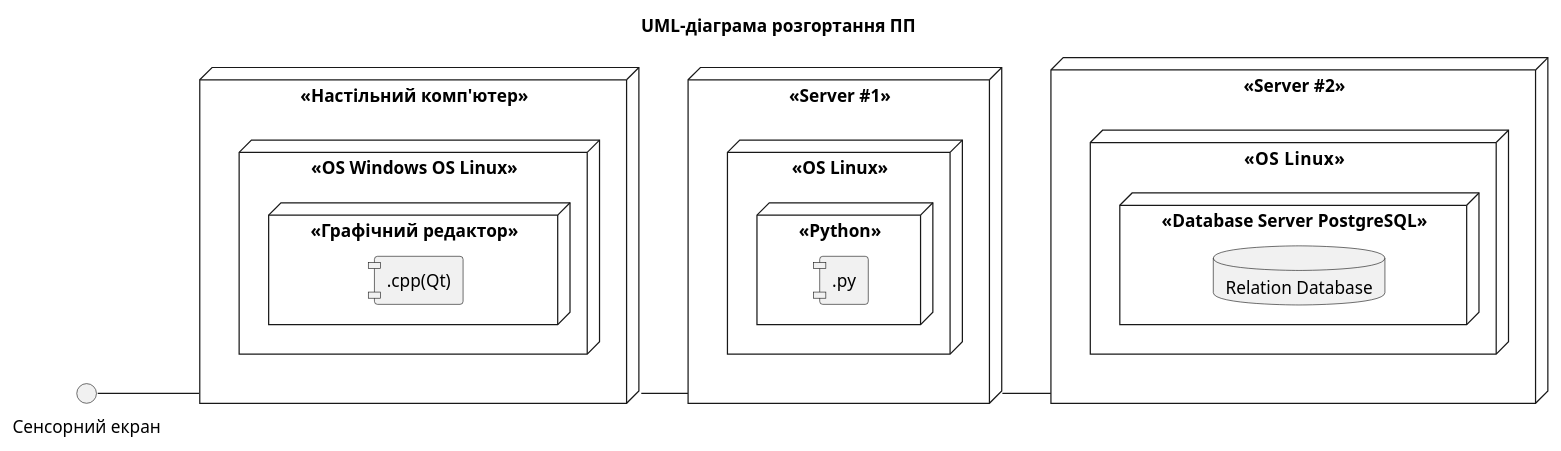
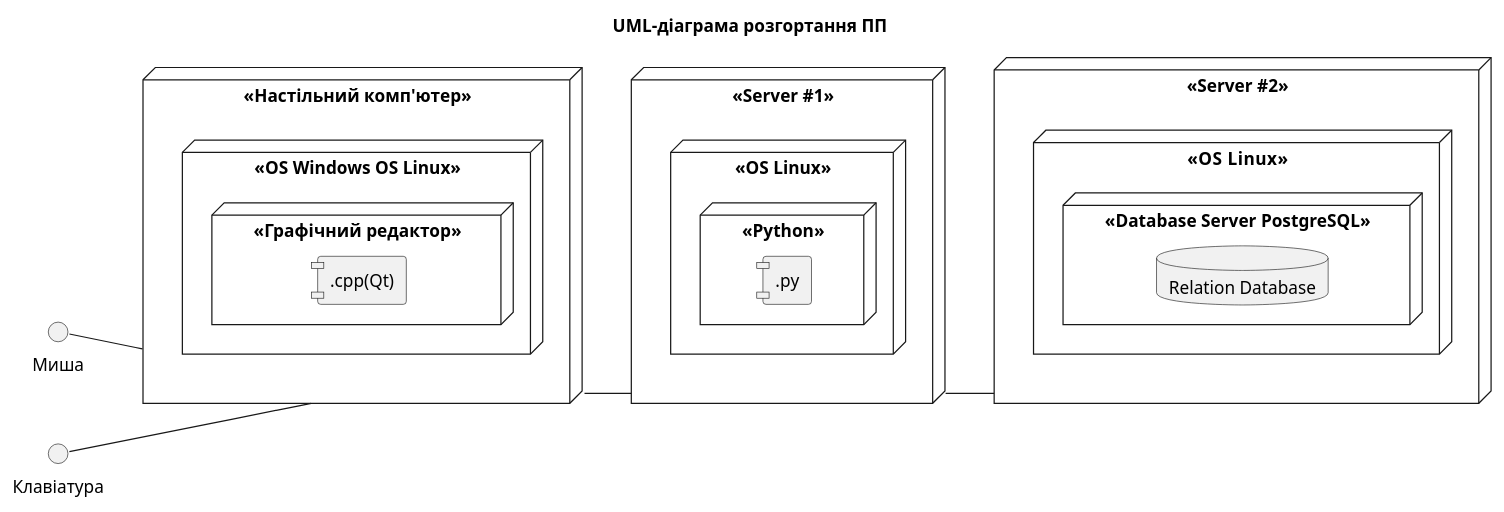
One commit to oleksandrblazhko/ai204-sirenko changed the diagram in 2-SoftwareDesign/2.7-PlantUML/UML-Deployment.puml. Above: the diagram before and after it, drawn with PlantUML.

```diff
--- a/2-SoftwareDesign/2.7-PlantUML/UML-Deployment.puml
+++ b/2-SoftwareDesign/2.7-PlantUML/UML-Deployment.puml
@@ -1,39 +1,41 @@
 @startuml
 title UML-діаграма розгортання ПП
 
 left to right direction
 
 skinparam componentStyle uml1
 
 node "<<Настільний комп'ютер>>" as comp {
 	node "<<OS Windows OS Linux>>" {
 		node "<<Графічний редактор>>" {
 			component [.cpp(Qt)]
 		}
 	}
 }
 
-interface "Сенсорний екран"
+interface "Миша"
+interface "Клавіатура"
 
-(Сенсорний екран) -- comp
+(Миша) -- comp
+(Клавіатура) -- comp
 
 node "<<Server #1>>" as serv1 {
 	node "<<OS Linux>>" {
 		node "<<Python>>" {
 			component [.py]
 		}
 	}
 }
 
 comp -- serv1
 
 node "<<Server #2>>" as serv2 {
 	node "<<OS  Linux>>" {
 		node "<<Database Server PostgreSQL>>" {
 			database "Relation Database"
 		}
 	}
 }
 
 serv1 -- serv2
 @enduml
```
